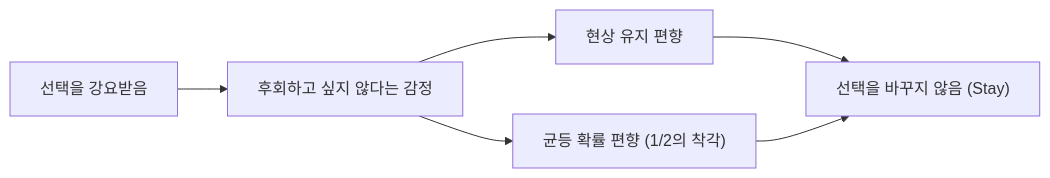
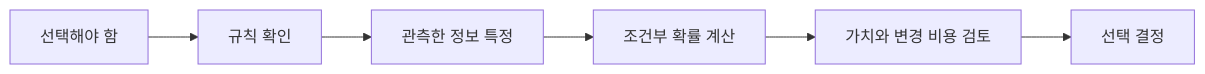
Before and after one commit to kenjinote/blog: the second of 2 diagrams in content/post/paradox-monty-hall-problem/index.ko.md, drawn with Mermaid. The commit also changed other lines of this file and 8 other files, not shown here.

````diff
--- a/content/post/paradox-monty-hall-problem/index.ko.md
+++ b/content/post/paradox-monty-hall-problem/index.ko.md
@@ -187,8 +164,8 @@
 ```mermaid
 flowchart LR
-    Situation["선택을 강요받음"] --> Feeling["후회하고 싶지 않다는 감정"]
-    Feeling --> Bias1["현상 유지 편향"]
-    Feeling --> Bias2["균등 확률 편향 (1/2의 착각)"]
-    Bias1 --> Conclusion["선택을 바꾸지 않음 (Stay)"]
-    Bias2 --> Conclusion
+    Situation["선택해야 함"] --> Rules["규칙 확인"]
+    Rules --> Observation["관측한 정보 특정"]
+    Observation --> Posterior["조건부 확률 계산"]
+    Posterior --> Utility["가치와 변경 비용 검토"]
+    Utility --> Decision["선택 결정"]
 ```
````
